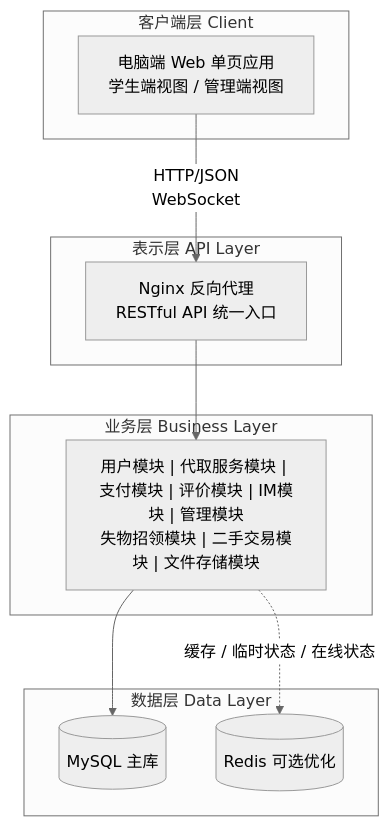
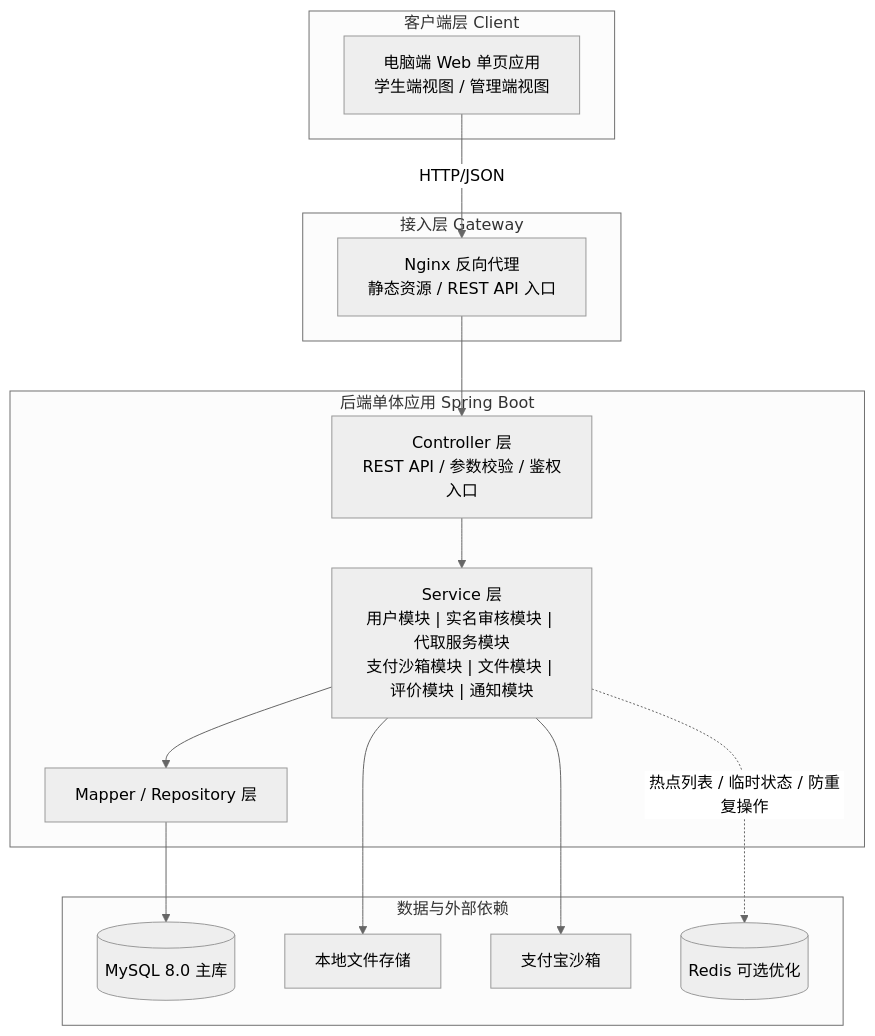
One commit to true-is-dui/CampusHub changed the first of 3 diagrams in docs/P2/architecture_design.md. Above: the diagram before and after it, drawn with Mermaid (neutral theme). The commit also changed other lines of this file and 10 other files, not shown here.

````diff
--- a/docs/P2/architecture_design.md
+++ b/docs/P2/architecture_design.md
@@ -16,24 +16,32 @@
 ```mermaid
 flowchart TB
     subgraph Client["客户端层 Client"]
         Browser["电脑端 Web 单页应用<br/>学生端视图 / 管理端视图"]
     end
 
-    subgraph ApiLayer["表示层 API Layer"]
-        Nginx["Nginx 反向代理<br/>RESTful API 统一入口"]
+    subgraph Gateway["接入层 Gateway"]
+        Nginx["Nginx 反向代理<br/>静态资源 / REST API 入口"]
     end
 
-    subgraph BusinessLayer["业务层 Business Layer"]
-        Modules["用户模块 | 代取服务模块 | 支付模块 | 评价模块 | IM模块 | 管理模块<br/>失物招领模块 | 二手交易模块 | 文件存储模块"]
+    subgraph Backend["后端单体应用 Spring Boot"]
+        Controllers["Controller 层<br/>REST API / 参数校验 / 鉴权入口"]
+        Services["Service 层<br/>用户模块 | 实名审核模块 | 代取服务模块<br/>支付沙箱模块 | 文件模块 | 评价模块 | 通知模块"]
+        Repositories["Mapper / Repository 层"]
     end
 
-    subgraph DataLayer["数据层 Data Layer"]
-        MySQL[("MySQL 主库")]
+    subgraph Data["数据与外部依赖"]
+        MySQL[("MySQL 8.0 主库")]
+        FileStore["本地文件存储"]
+        Alipay["支付宝沙箱"]
         Redis[("Redis 可选优化")]
     end
 
-    Browser -->|"HTTP/JSON<br/>WebSocket"| Nginx
-    Nginx --> Modules
-    Modules --> MySQL
-    Modules -. "缓存 / 临时状态 / 在线状态" .-> Redis
+    Browser -->|HTTP/JSON| Nginx
+    Nginx --> Controllers
+    Controllers --> Services
+    Services --> Repositories
+    Repositories --> MySQL
+    Services --> FileStore
+    Services --> Alipay
+    Services -. "热点列表 / 临时状态 / 防重复操作" .-> Redis
 ```
````
